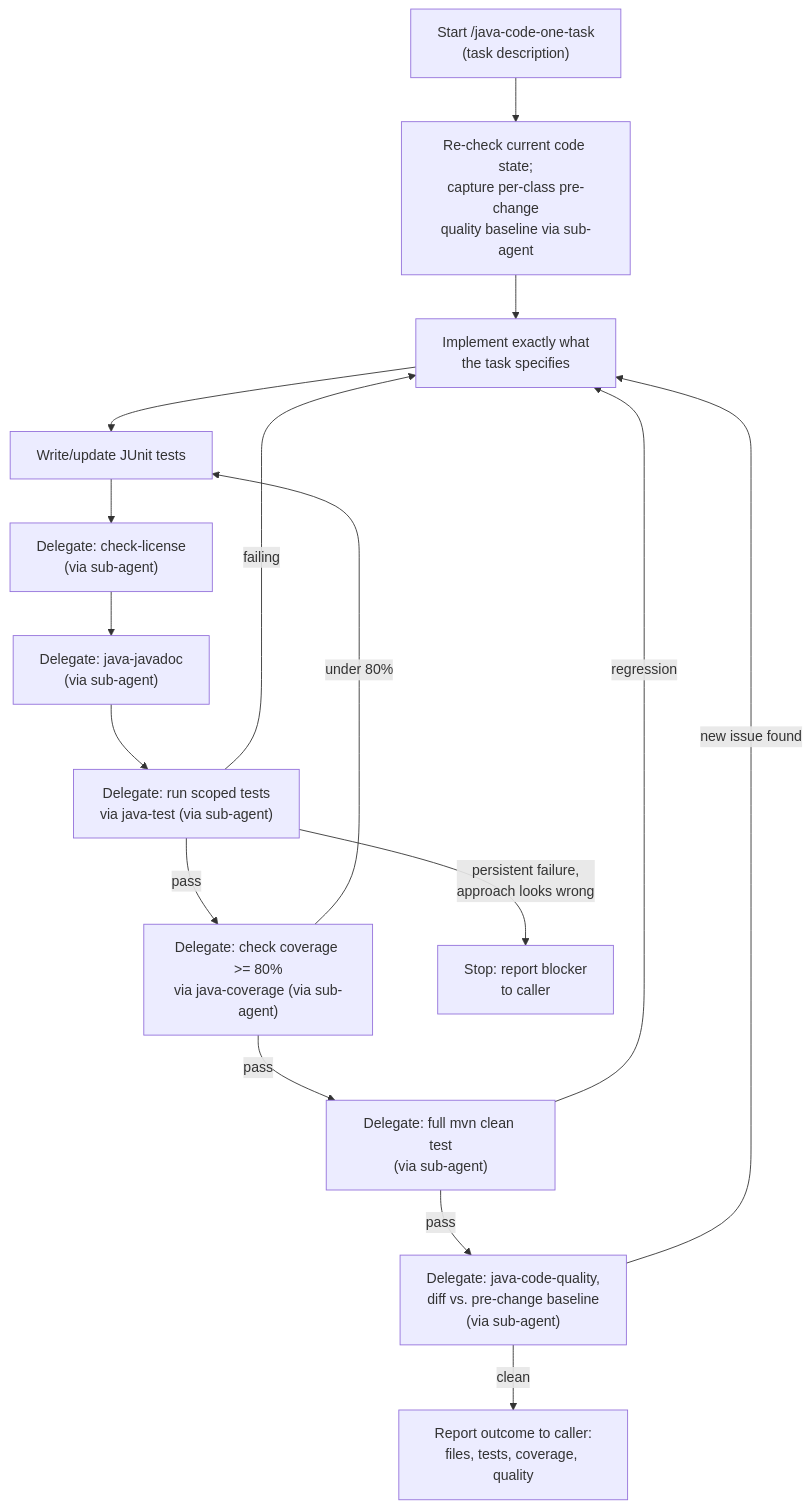
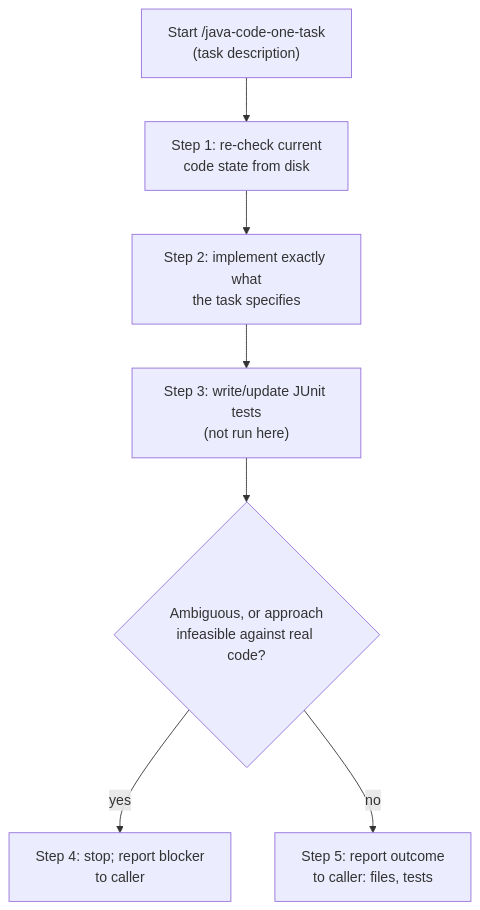
Before and after one commit to albertoirurueta/ai-catalog: the diagram in docs/modules/ROOT/pages/skills/java-code-one-task.adoc, drawn with Mermaid. The commit also changed other lines of this file and 74 other files, not shown here.

```diff
--- a/docs/modules/ROOT/pages/skills/java-code-one-task.adoc
+++ b/docs/modules/ROOT/pages/skills/java-code-one-task.adoc
@@ -64,19 +59,10 @@
 [mermaid]
 ....
 flowchart TD
-    A["Start /java-code-one-task\n(task description)"] --> B["Re-check current code state;\ncapture per-class pre-change\nquality baseline via sub-agent"]
-    B --> C["Implement exactly what\nthe task specifies"]
-    C --> D["Write/update JUnit tests"]
-    D --> E["Delegate: check-license\n(via sub-agent)"]
-    E --> F["Delegate: java-javadoc\n(via sub-agent)"]
-    F --> G["Delegate: run scoped tests\nvia java-test (via sub-agent)"]
-    G -- failing --> C
-    G -- pass --> H["Delegate: check coverage >= 80%\nvia java-coverage (via sub-agent)"]
-    H -- under 80% --> D
-    H -- pass --> I["Delegate: full mvn clean test\n(via sub-agent)"]
-    I -- regression --> C
-    I -- pass --> J["Delegate: java-code-quality,\ndiff vs. pre-change baseline\n(via sub-agent)"]
-    J -- new issue found --> C
-    J -- clean --> K["Report outcome to caller:\nfiles, tests, coverage, quality"]
-    G -- persistent failure,\napproach looks wrong --> L["Stop: report blocker\nto caller"]
+    A["Start /java-code-one-task\n(task description)"] --> B["Step 1: re-check current\ncode state from disk"]
+    B --> C["Step 2: implement exactly what\nthe task specifies"]
+    C --> D["Step 3: write/update JUnit tests\n(not run here)"]
+    D --> E{"Ambiguous, or approach\ninfeasible against real code?"}
+    E -- yes --> F["Step 4: stop; report blocker\nto caller"]
+    E -- no --> G["Step 5: report outcome\nto caller: files, tests"]
 ....
```
